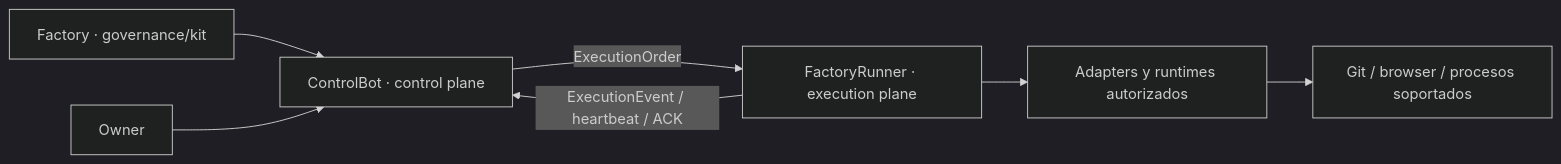
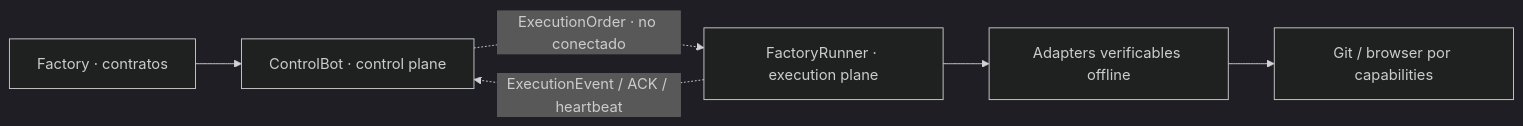
One commit to pl0n3r/FactoryRunner changed the diagram in README.md. Above: the diagram before and after it, drawn with Mermaid (dark theme). The commit also changed other lines of this file and 1 other file, not shown here.

````diff
--- a/README.md
+++ b/README.md
@@ -70,9 +40,8 @@
 ```mermaid
 flowchart LR
-    F[Factory · governance/kit] --> C[ControlBot · control plane]
-    C -->|ExecutionOrder| R[FactoryRunner · execution plane]
-    R -->|ExecutionEvent / heartbeat / ACK| C
-    R --> A[Adapters y runtimes autorizados]
-    A --> X[Git / browser / procesos soportados]
-    O[Owner] --> C
+    F[Factory · contratos] --> C[ControlBot · control plane]
+    C -.->|ExecutionOrder · no conectado| R[FactoryRunner · execution plane]
+    R -.->|ExecutionEvent / ACK / heartbeat| C
+    R --> A[Adapters verificables offline]
+    A --> X[Git / browser por capabilities]
 ```
````
